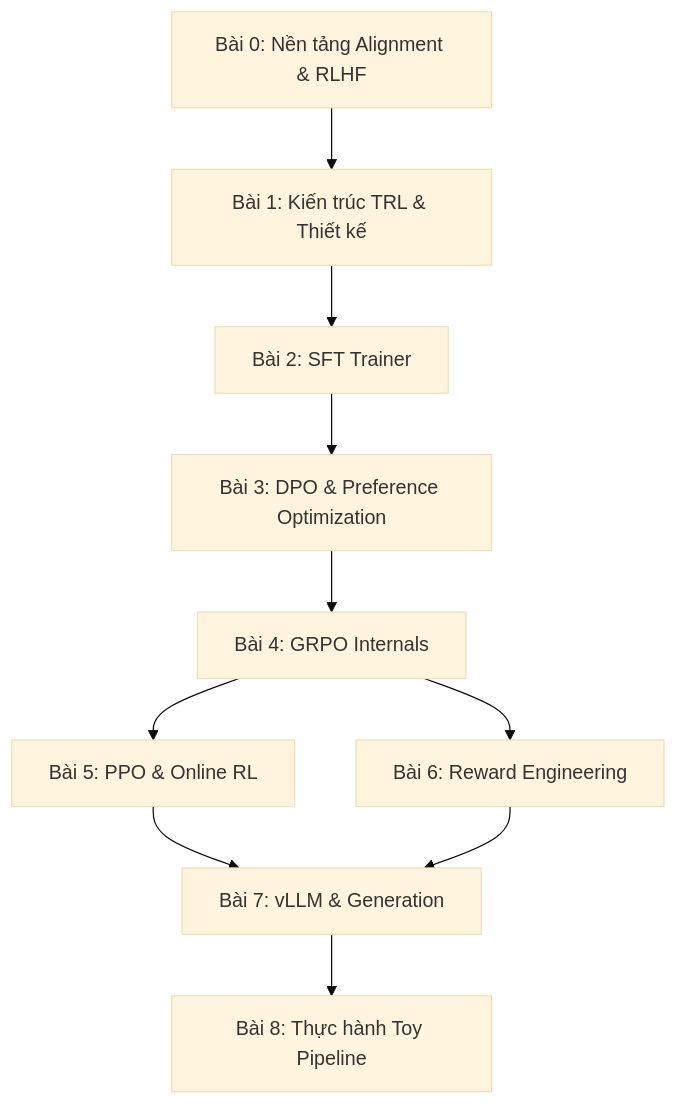
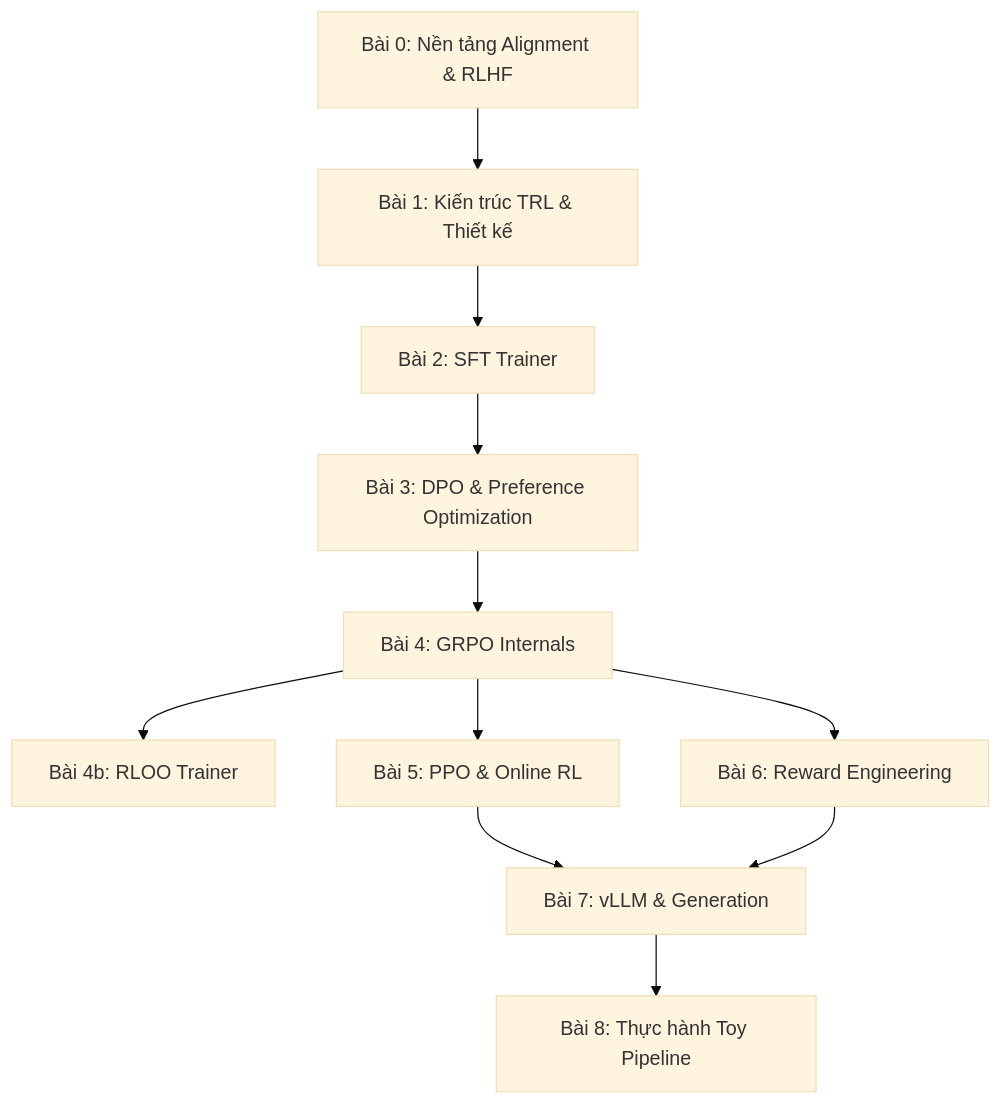
The diagram in docs/roadmap.md (tuandung222/trl-architecture-lectures), drawn with Mermaid (base theme) before and after one commit. The commit also changed other lines of this file and 13 other files, not shown here.

````diff
--- a/docs/roadmap.md
+++ b/docs/roadmap.md
@@ -16,11 +16,12 @@
 ```mermaid
 graph TD
     L0[Bài 0: Nền tảng Alignment & RLHF] --> L1[Bài 1: Kiến trúc TRL & Thiết kế]
     L1 --> L2[Bài 2: SFT Trainer]
     L2 --> L3[Bài 3: DPO & Preference Optimization]
     L3 --> L4[Bài 4: GRPO Internals]
+    L4 --> L4B[Bài 4b: RLOO Trainer]
     L4 --> L5[Bài 5: PPO & Online RL]
     L4 --> L6[Bài 6: Reward Engineering]
     L5 & L6 --> L7[Bài 7: vLLM & Generation]
     L7 --> L8[Bài 8: Thực hành Toy Pipeline]
 ```
````
